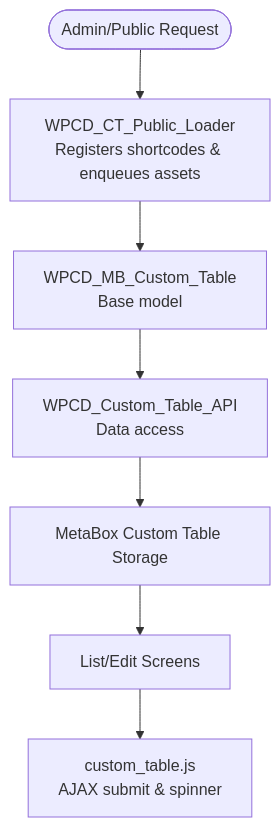
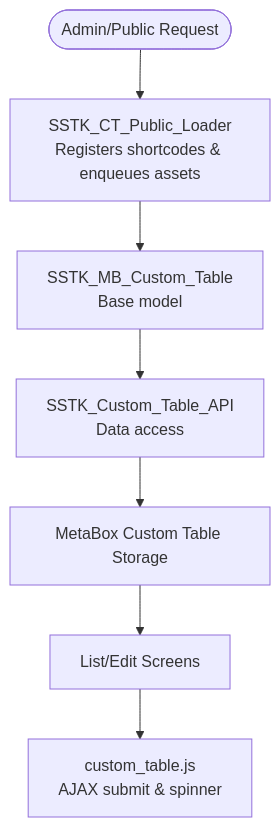
Before and after one commit to onedogsolutions/simple-stack: the seventh of 10 diagrams in .qoder/repowiki/en/content/Core Components/Core Components.md, drawn with Mermaid. The commit also changed other lines of this file and 5941 other files, not shown here.

````diff
--- a/.qoder/repowiki/en/content/Core Components/Core Components.md
+++ b/.qoder/repowiki/en/content/Core Components/Core Components.md
@@ -243,9 +243,9 @@
 ```mermaid
 flowchart TD
-Start(["Admin/Public Request"]) --> Loader["WPCD_CT_Public_Loader<br/>Registers shortcodes & enqueues assets"]
-Loader --> Model["WPCD_MB_Custom_Table<br/>Base model"]
-Model --> API["WPCD_Custom_Table_API<br/>Data access"]
+Start(["Admin/Public Request"]) --> Loader["SSTK_CT_Public_Loader<br/>Registers shortcodes & enqueues assets"]
+Loader --> Model["SSTK_MB_Custom_Table<br/>Base model"]
+Model --> API["SSTK_Custom_Table_API<br/>Data access"]
 API --> Storage["MetaBox Custom Table Storage"]
 Storage --> View["List/Edit Screens"]
 View --> JS["custom_table.js<br/>AJAX submit & spinner"]
 ```
````
